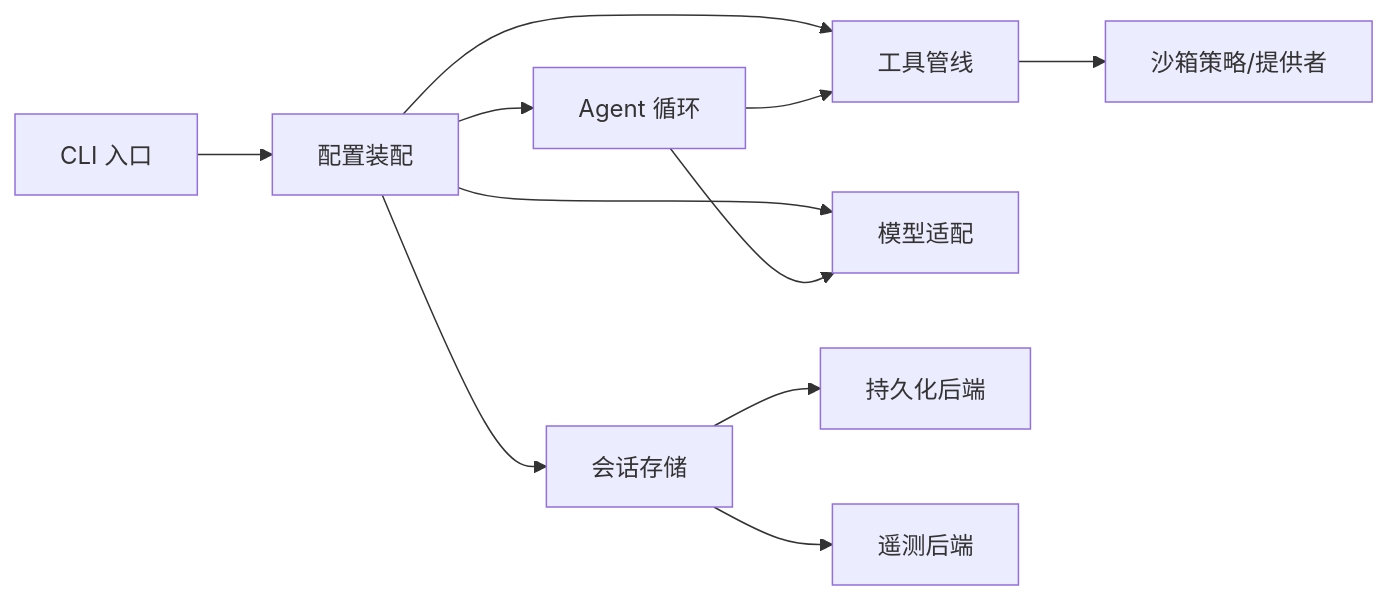
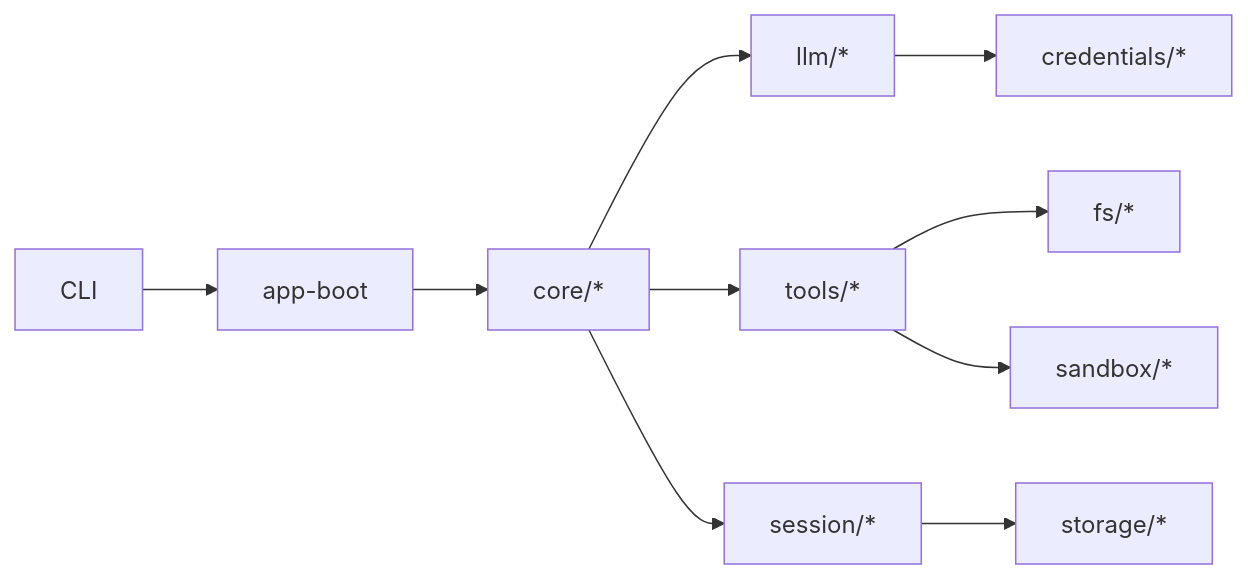
Before and after one commit to frendyxzc/deepseek-harness: the seventh of 8 diagrams in .qoder/repowiki/zh/content/架构设计/架构设计.md, drawn with Mermaid. The commit also changed other lines of this file and 448 other files, not shown here.

````diff
--- a/.qoder/repowiki/zh/content/架构设计/架构设计.md
+++ b/.qoder/repowiki/zh/content/架构设计/架构设计.md
@@ -232,13 +269,12 @@
 ```mermaid
 graph LR
-CLI["CLI 入口"] --> Boot["配置装配"]
-Boot --> Agent["Agent 循环"]
-Boot --> Session["会话存储"]
-Boot --> Tools["工具管线"]
-Boot --> LLM["模型适配"]
-Agent --> Tools
-Agent --> LLM
-Session --> Persist["持久化后端"]
-Tools --> Sandbox["沙箱策略/提供者"]
-Session --> Telemetry["遥测后端"]
+CLI["CLI"] --> Boot["app-boot"]
+Boot --> Core["core/*"]
+Core --> LLM["llm/*"]
+Core --> Tools["tools/*"]
+Core --> Session["session/*"]
+Tools --> FS["fs/*"]
+Tools --> Sandbox["sandbox/*"]
+Session --> Storage["storage/*"]
+LLM --> Credentials["credentials/*"]
 ```
````
